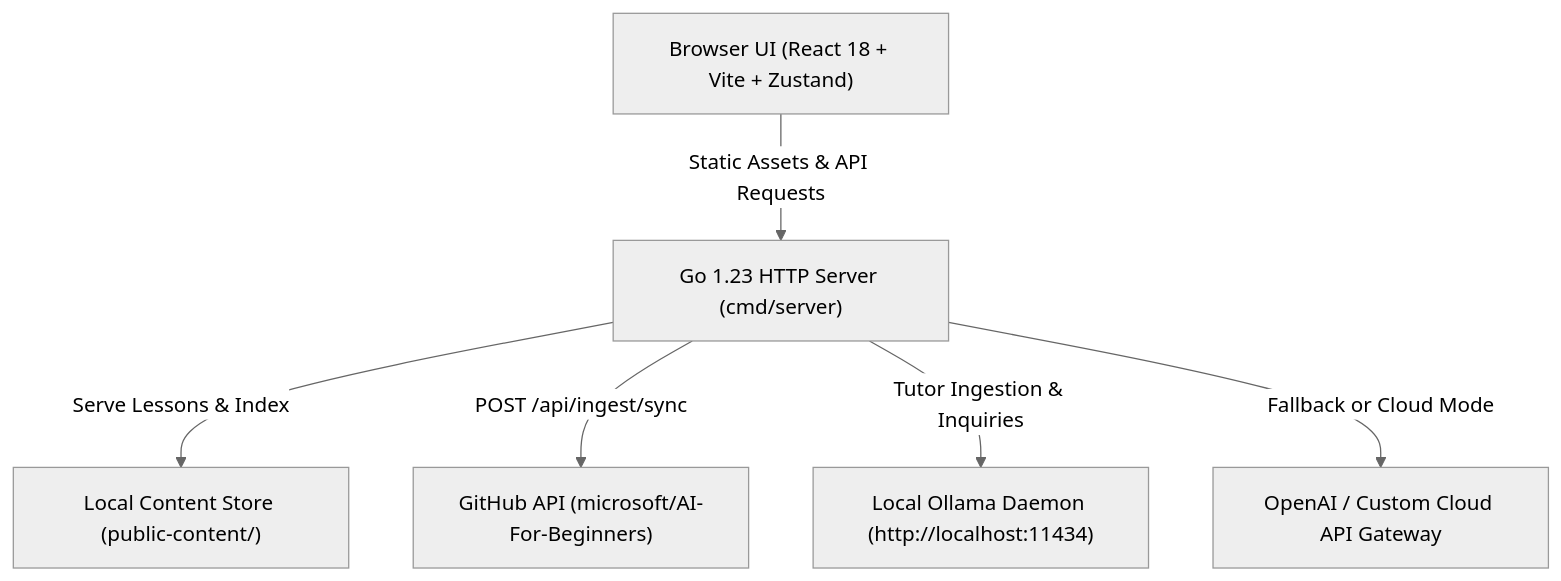
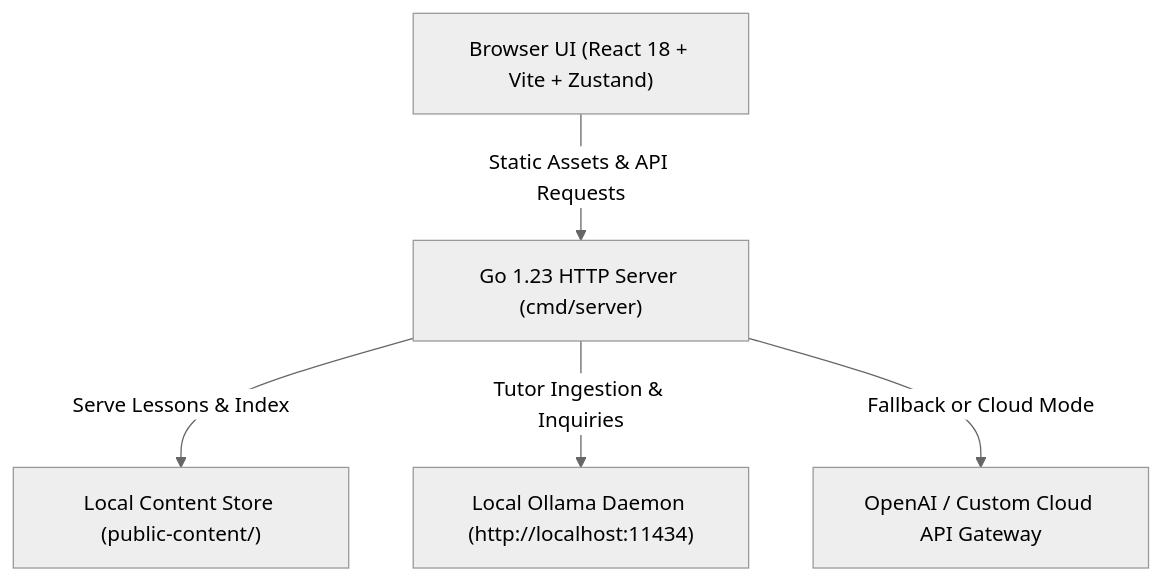
The second of 2 diagrams in SPEC_DRIVEN_DEVELOPMENT.md (ashishisme/AI-Learning-Mod), drawn with Mermaid (neutral theme) before and after one commit. The commit also changed 28 other files, not shown here.

````diff
--- a/SPEC_DRIVEN_DEVELOPMENT.md
+++ b/SPEC_DRIVEN_DEVELOPMENT.md
@@ -66,15 +66,13 @@
 ```mermaid
 graph TD
     Client["Browser UI (React 18 + Vite + Zustand)"]
     Server["Go 1.23 HTTP Server (cmd/server)"]
     Content["Local Content Store (public-content/)"]
-    UpstreamGit["GitHub API (microsoft/AI-For-Beginners)"]
     Ollama["Local Ollama Daemon (http://localhost:11434)"]
     OpenAI["OpenAI / Custom Cloud API Gateway"]
 
     Client -->|Static Assets & API Requests| Server
     Server -->|Serve Lessons & Index| Content
-    Server -->|POST /api/ingest/sync| UpstreamGit
     Server -->|Tutor Ingestion & Inquiries| Ollama
     Server -->|Fallback or Cloud Mode| OpenAI
 ```
````
